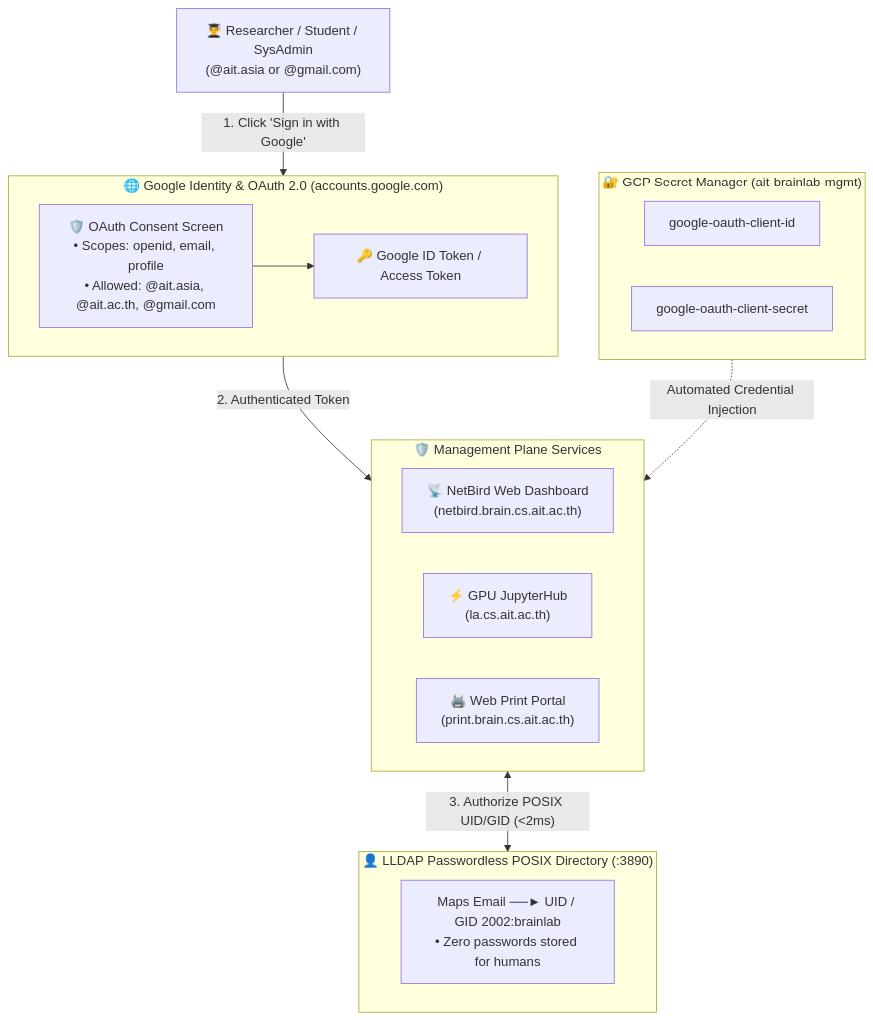
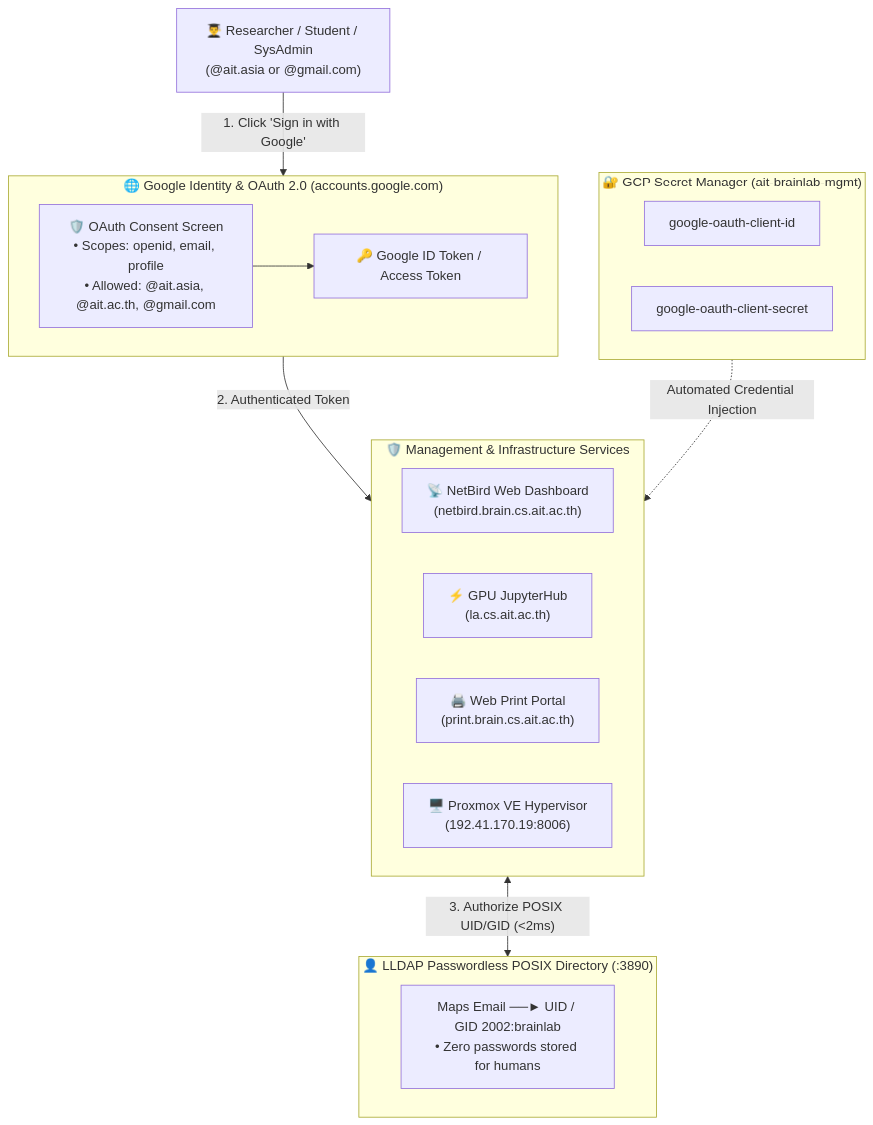
One commit to AIT-brainlab/brainlab-base changed the diagram in mgmt/oauth_setup.md. Above: the diagram before and after it, drawn with Mermaid. The commit also changed other lines of this file and 13 other files, not shown here.

````diff
--- a/mgmt/oauth_setup.md
+++ b/mgmt/oauth_setup.md
@@ -19,30 +19,31 @@
 ```mermaid
 flowchart TD
     User["👨‍🎓 Researcher / Student / SysAdmin<br/>(@ait.asia or @gmail.com)"]
     
     subgraph GoogleOIDC ["🌐 Google Identity & OAuth 2.0 (accounts.google.com)"]
         OAuthScreen["🛡️ OAuth Consent Screen<br/>• Scopes: openid, email, profile<br/>• Allowed: @ait.asia, @ait.ac.th, @gmail.com"]
         GoogleTokens["🔑 Google ID Token / Access Token"]
         OAuthScreen --> GoogleTokens
     end
 
     subgraph SecretManager ["🔐 GCP Secret Manager (ait-brainlab-mgmt)"]
         SecClientID["google-oauth-client-id"]
         SecClientSecret["google-oauth-client-secret"]
     end
 
-    subgraph ControlPlane ["🛡️ Management Plane Services"]
+    subgraph ControlPlane ["🛡️ Management & Infrastructure Services"]
         NetBird["📡 NetBird Web Dashboard<br/>(netbird.brain.cs.ait.ac.th)"]
         JupyterHub["⚡ GPU JupyterHub<br/>(la.cs.ait.ac.th)"]
         WebPrint["🖨️ Web Print Portal<br/>(print.brain.cs.ait.ac.th)"]
+        Proxmox["🖥️ Proxmox VE Hypervisor<br/>(192.41.170.19:8006)"]
     end
 
     subgraph LLDAP_Dir ["👤 LLDAP Passwordless POSIX Directory (:3890)"]
         POSIX["Maps Email ──► UID / GID 2002:brainlab<br/>• Zero passwords stored for humans"]
     end
 
     User -->|"1. Click 'Sign in with Google'"| GoogleOIDC
     GoogleOIDC -->|"2. Authenticated Token"| ControlPlane
     SecretManager -.->|"Automated Credential Injection"| ControlPlane
     ControlPlane <-->|"3. Authorize POSIX UID/GID (<2ms)"| LLDAP_Dir
 ```
````
